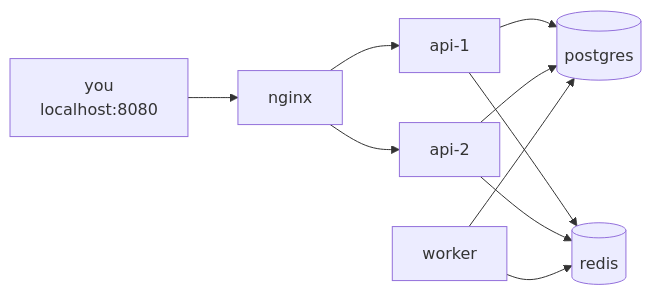
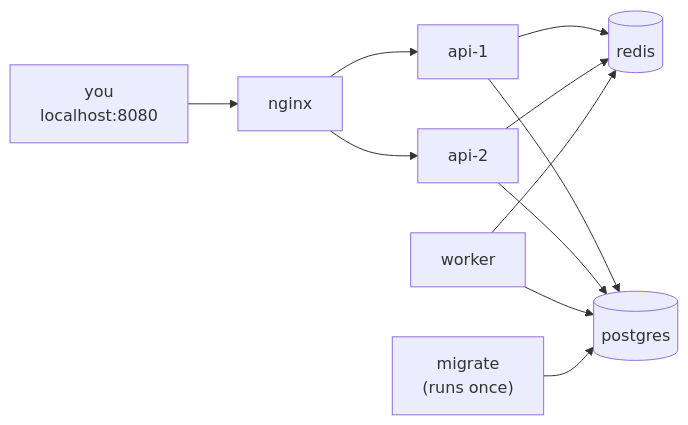
One commit to jawwadzafar/zero-to-prod changed the third of 3 diagrams in docs/containers/docker-compose.mdx. Above: the diagram before and after it, drawn with Mermaid. The commit also changed other lines of this file and 21 other files, not shown here.

````diff
--- a/docs/containers/docker-compose.mdx
+++ b/docs/containers/docker-compose.mdx
@@ -248,10 +248,11 @@
 ```mermaid
 flowchart LR
   U["you<br/>localhost:8080"] --> N["nginx"]
   N --> A1["api-1"]
   N --> A2["api-2"]
   A1 & A2 --> PG[("postgres")]
   A1 & A2 --> RD[("redis")]
   W["worker"] --> RD
   W --> PG
+  M["migrate<br/>(runs once)"] --> PG
 ```
````
